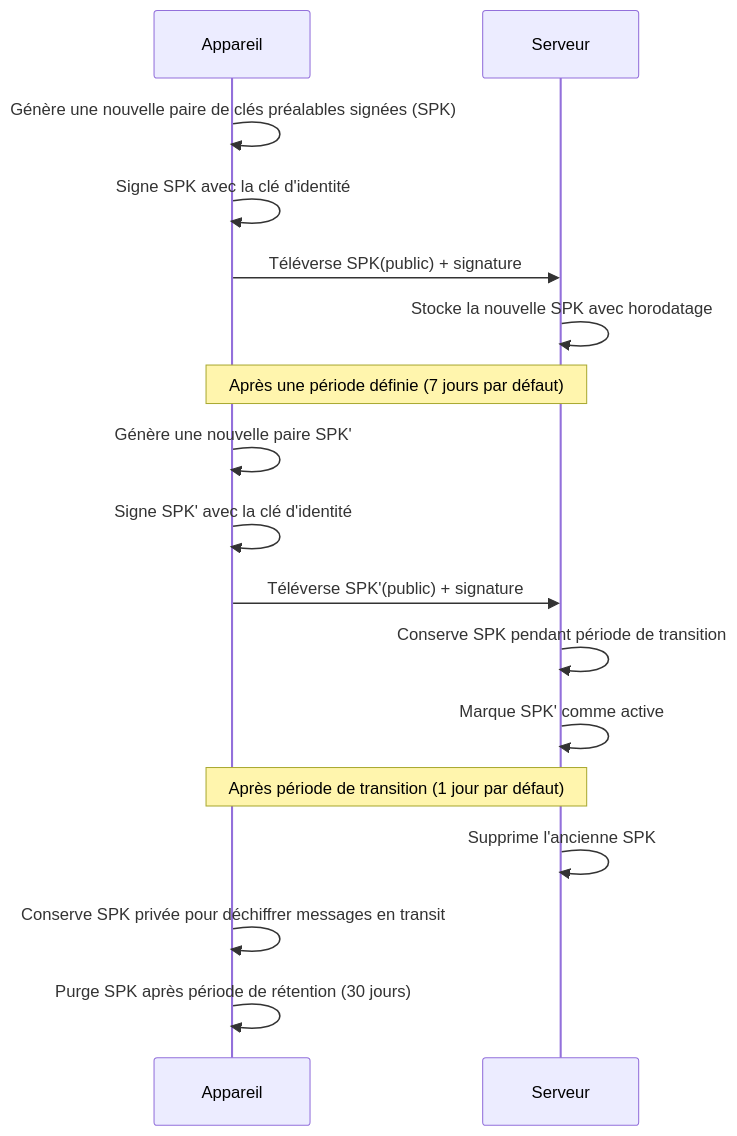
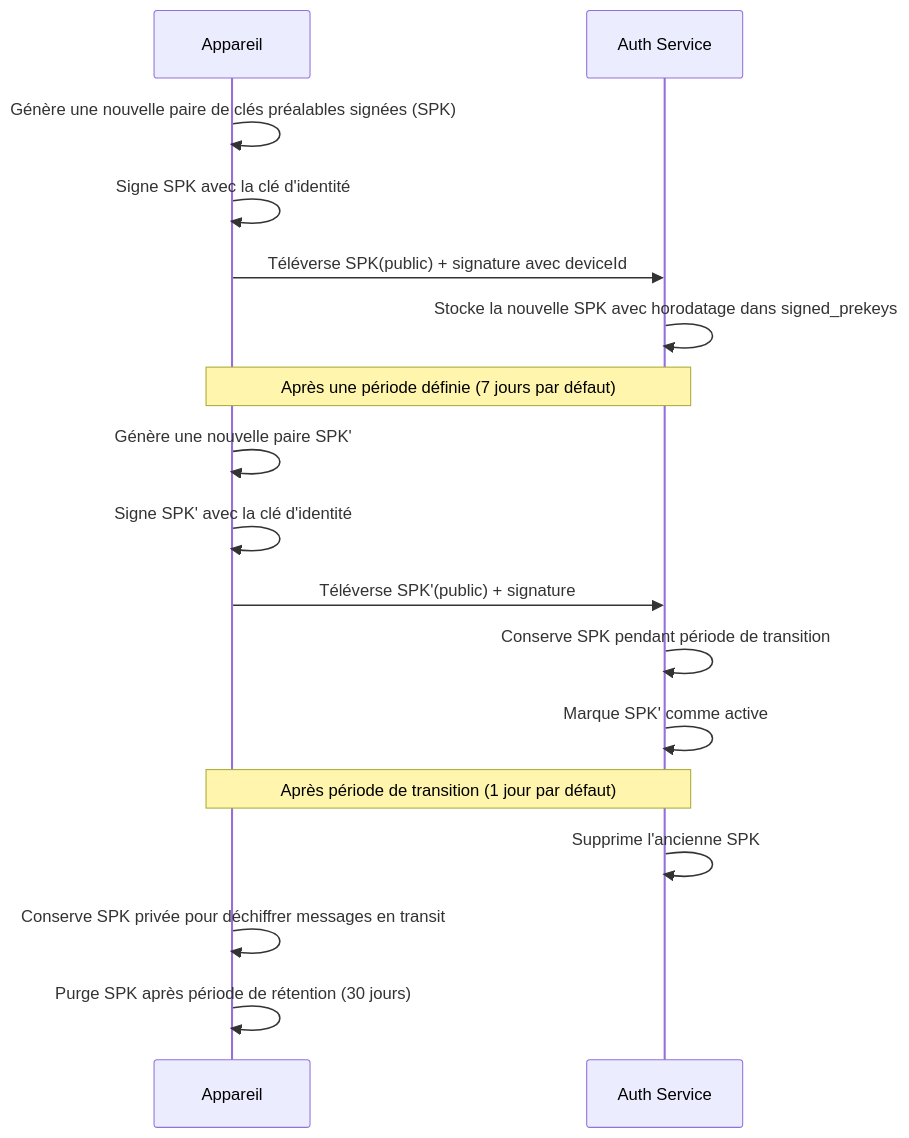
One commit to whispr-messenger/auth-service changed the sixth of 13 diagrams in documentation/2_fonctional_specs/4_encryption_end_to_end.md. Above: the diagram before and after it, drawn with Mermaid. The commit also changed other lines of this file and 4 other files, not shown here.

Commit message:
📝 Update devices data managed by auth service

````diff
--- a/documentation/2_fonctional_specs/4_encryption_end_to_end.md
+++ b/documentation/2_fonctional_specs/4_encryption_end_to_end.md
@@ -303,24 +317,24 @@
 ```mermaid
 sequenceDiagram
     participant D as Appareil
-    participant S as Serveur
+    participant AuthService as Auth Service
     
     D->>D: Génère une nouvelle paire de clés préalables signées (SPK)
     D->>D: Signe SPK avec la clé d'identité
-    D->>S: Téléverse SPK(public) + signature
-    S->>S: Stocke la nouvelle SPK avec horodatage
+    D->>AuthService: Téléverse SPK(public) + signature avec deviceId
+    AuthService->>AuthService: Stocke la nouvelle SPK avec horodatage dans signed_prekeys
     
-    Note over D,S: Après une période définie (7 jours par défaut)
+    Note over D,AuthService: Après une période définie (7 jours par défaut)
     
     D->>D: Génère une nouvelle paire SPK'
     D->>D: Signe SPK' avec la clé d'identité
-    D->>S: Téléverse SPK'(public) + signature
-    S->>S: Conserve SPK pendant période de transition
-    S->>S: Marque SPK' comme active
+    D->>AuthService: Téléverse SPK'(public) + signature
+    AuthService->>AuthService: Conserve SPK pendant période de transition
+    AuthService->>AuthService: Marque SPK' comme active
     
-    Note over D,S: Après période de transition (1 jour par défaut)
+    Note over D,AuthService: Après période de transition (1 jour par défaut)
     
-    S->>S: Supprime l'ancienne SPK
+    AuthService->>AuthService: Supprime l'ancienne SPK
     D->>D: Conserve SPK privée pour déchiffrer messages en transit
     D->>D: Purge SPK après période de rétention (30 jours)
 ```
````
